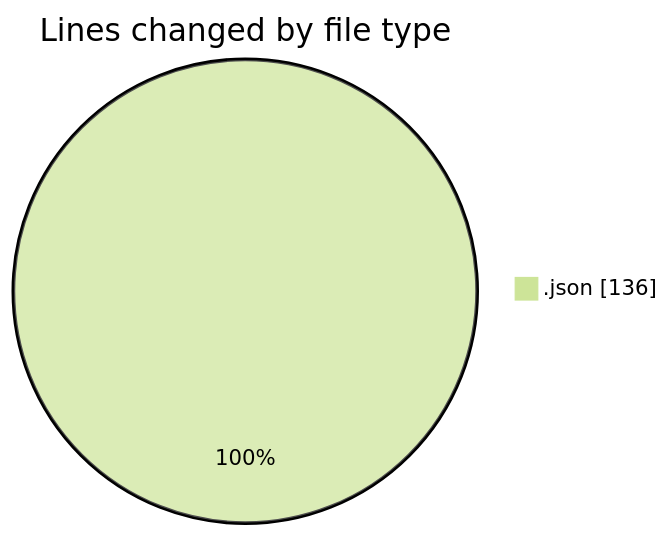
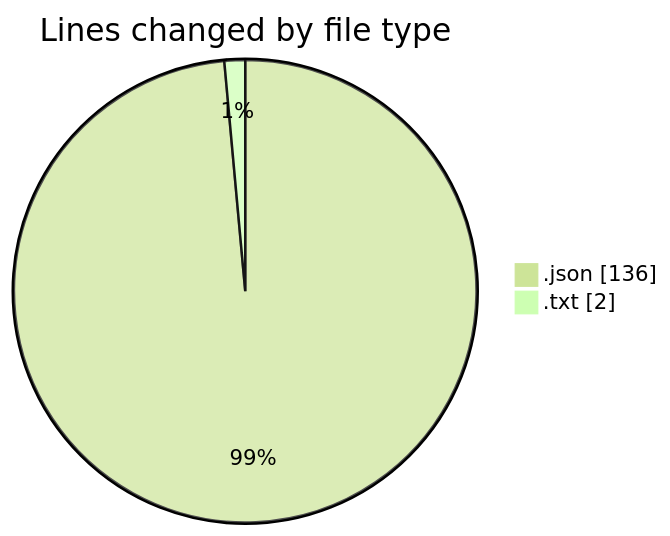
One commit to EIIisD/code-tracking changed the first of 2 diagrams in 2025-08-10/transactions-new/README.md. Above: the diagram before and after it, drawn with Mermaid (forest theme). The commit also changed other lines of this file and 1 other file, not shown here.

````diff
--- a/2025-08-10/transactions-new/README.md
+++ b/2025-08-10/transactions-new/README.md
@@ -22,5 +23,6 @@
 ```mermaid
 pie showData
 title Lines changed by file type
 ".json" : 136
+".txt" : 2
 ```
````
